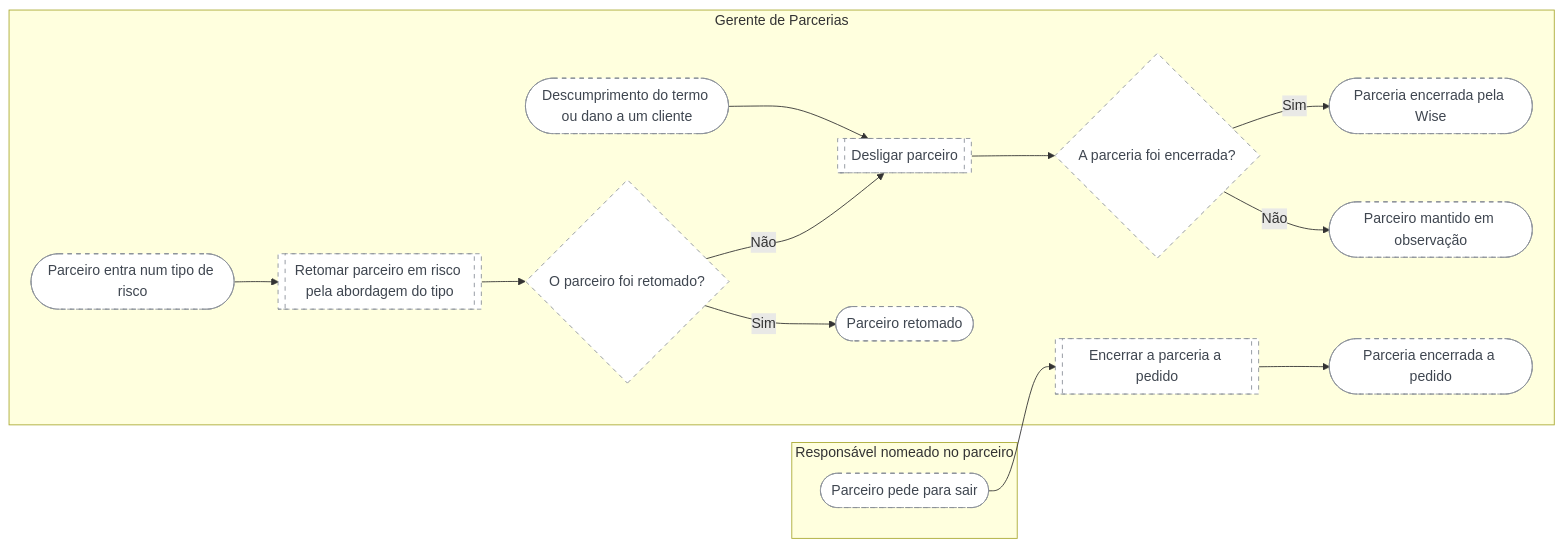
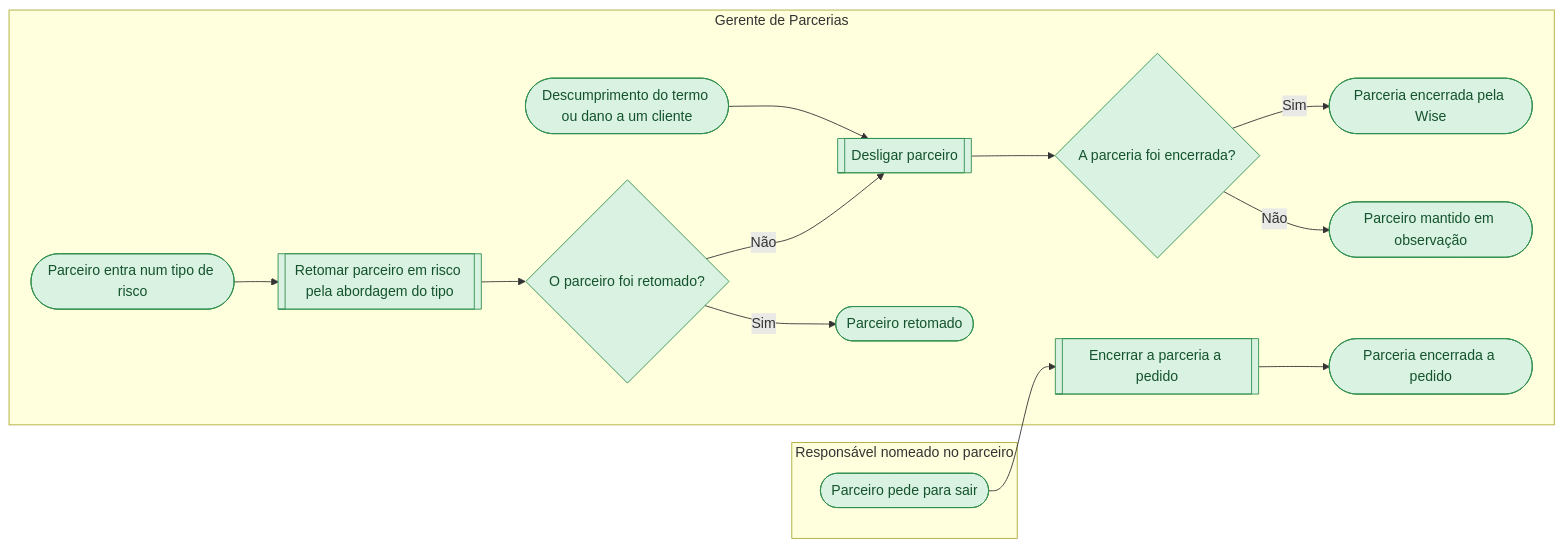
One commit to Guilherme-MFaccin/Wise-Partners changed the diagram in mapeamentos/wise-partners-to-be/saidas/mermaid/fluxo-9-reter-ou-encerrar-a-parceria.mmd. Above: the diagram before and after it, drawn with Mermaid. The commit also changed 257 other files, not shown here.

```diff
--- a/mapeamentos/wise-partners-to-be/saidas/mermaid/fluxo-9-reter-ou-encerrar-a-parceria.mmd
+++ b/mapeamentos/wise-partners-to-be/saidas/mermaid/fluxo-9-reter-ou-encerrar-a-parceria.mmd
@@ -1,31 +1,31 @@
 flowchart LR
     classDef confirmado fill:#D9F2E1,stroke:#2F8F4E,color:#14532D
     classDef declarado fill:#FFF3C4,stroke:#B8860B,color:#5C4300
     classDef hipotese fill:#FFFFFF,stroke:#8A9099,color:#3F4650,stroke-dasharray: 5 5
     classDef contestado fill:#FDE2E1,stroke:#C53030,color:#7F1D1D
     subgraph raia_PA_01 ["Gerente de Parcerias"]
-      n_i1(["Parceiro entra num tipo de risco"]):::hipotese
-      n_i2(["Descumprimento do termo ou dano a um cliente"]):::hipotese
-      n_s1[["Retomar parceiro em risco pela abordagem do tipo"]]:::hipotese
-      n_g1{"O parceiro foi retomado?"}:::hipotese
-      n_s2[["Desligar parceiro"]]:::hipotese
-      n_g2{"A parceria foi encerrada?"}:::hipotese
-      n_s3[["Encerrar a parceria a pedido"]]:::hipotese
-      n_f1(["Parceiro retomado"]):::hipotese
-      n_f2(["Parceria encerrada pela Wise"]):::hipotese
-      n_f3(["Parceiro mantido em observação"]):::hipotese
-      n_f4(["Parceria encerrada a pedido"]):::hipotese
+      n_i1(["Parceiro entra num tipo de risco"]):::confirmado
+      n_i2(["Descumprimento do termo ou dano a um cliente"]):::confirmado
+      n_s1[["Retomar parceiro em risco pela abordagem do tipo"]]:::confirmado
+      n_g1{"O parceiro foi retomado?"}:::confirmado
+      n_s2[["Desligar parceiro"]]:::confirmado
+      n_g2{"A parceria foi encerrada?"}:::confirmado
+      n_s3[["Encerrar a parceria a pedido"]]:::confirmado
+      n_f1(["Parceiro retomado"]):::confirmado
+      n_f2(["Parceria encerrada pela Wise"]):::confirmado
+      n_f3(["Parceiro mantido em observação"]):::confirmado
+      n_f4(["Parceria encerrada a pedido"]):::confirmado
     end
     subgraph raia_PA_05 ["Responsável nomeado no parceiro"]
-      n_i3(["Parceiro pede para sair"]):::hipotese
+      n_i3(["Parceiro pede para sair"]):::confirmado
     end
     n_i1 --> n_s1
     n_s1 --> n_g1
     n_g1 -->|Sim| n_f1
     n_g1 -->|Não| n_s2
     n_i2 --> n_s2
     n_s2 --> n_g2
     n_g2 -->|Sim| n_f2
     n_g2 -->|Não| n_f3
     n_i3 --> n_s3
     n_s3 --> n_f4
```
